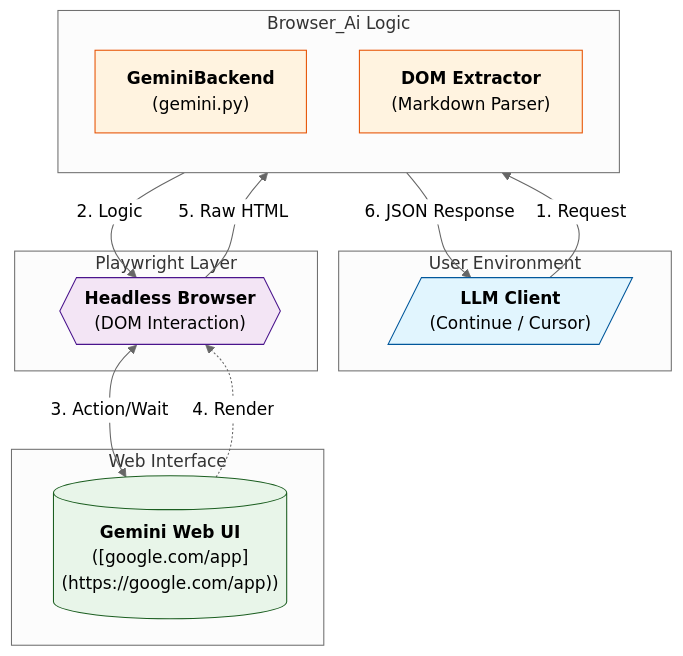
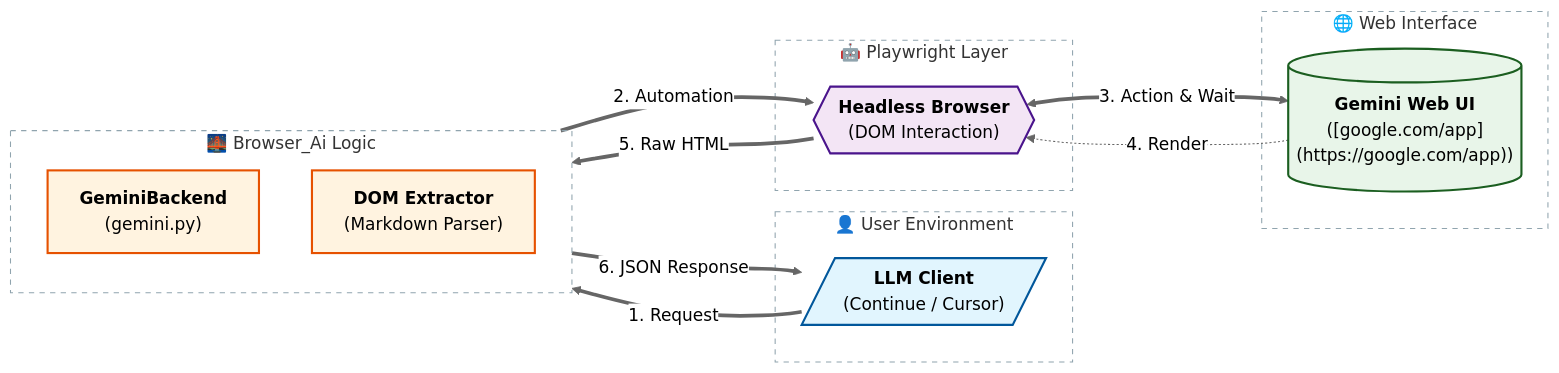
The diagram in README.md (VOID1793/browser_ai), drawn with Mermaid (neutral theme) before and after one commit.

Commit message:
Commit for Claude.

````diff
--- a/README.md
+++ b/README.md
@@ -46,35 +45,41 @@
 ```mermaid
-flowchart TD
-    subgraph Client_Side [User Environment]
-        A[/"<b>LLM Client</b><br>(Continue / Cursor)"/]
+flowchart LR
+    subgraph Client_Side ["👤 User Environment"]
+        A[/"<b>LLM Client</b><br/>(Continue / Cursor)"/]
     end
 
-    subgraph Bridge [Browser_Ai Logic]
+    subgraph Bridge ["🌉 Browser_Ai Logic"]
         direction TB
-        B["<b>GeminiBackend</b><br>(gemini.py)"]
-        E["<b>DOM Extractor</b><br>(Markdown Parser)"]
+        B["<b>GeminiBackend</b><br/>(gemini.py)"]
+        E["<b>DOM Extractor</b><br/>(Markdown Parser)"]
     end
 
-    subgraph Automation [Playwright Layer]
-        C{{"<b>Headless Browser</b><br>(DOM Interaction)"}}
+    subgraph Automation ["🤖 Playwright Layer"]
+        C{{"<b>Headless Browser</b><br/>(DOM Interaction)"}}
     end
 
-    subgraph External [Web Interface]
-        D[("<b>Gemini Web UI</b><br>([google.com/app](https://google.com/app))")]
+    subgraph External ["🌐 Web Interface"]
+        D[("<b>Gemini Web UI</b><br/>([google.com/app](https://google.com/app))")]
     end
 
     %% Flow Connections
-    A -->|1. Request| B
-    B -->|2. Logic| C
-    C <-->|3. Action/Wait| D
+    A ==>|1. Request| B
+    B ==>|2. Automation| C
+    C <==>|3. Action & Wait| D
     D -.->|4. Render| C
-    C -->|5. Raw HTML| E
-    E -->|6. JSON Response| A
+    C ==>|5. Raw HTML| E
+    E ==>|6. JSON Response| A
 
     %% Styling
-    style A fill:#e1f5fe,stroke:#01579b
-    style B fill:#fff3e0,stroke:#e65100
-    style E fill:#fff3e0,stroke:#e65100
-    style C fill:#f3e5f5,stroke:#4a148c
-    style D fill:#e8f5e9,stroke:#1b5e20
+    style A fill:#e1f5fe,stroke:#01579b,stroke-width:2px
+    style B fill:#fff3e0,stroke:#e65100,stroke-width:2px
+    style E fill:#fff3e0,stroke:#e65100,stroke-width:2px
+    style C fill:#f3e5f5,stroke:#4a148c,stroke-width:2px
+    style D fill:#e8f5e9,stroke:#1b5e20,stroke-width:2px
+
+    %% Subgraph Styling
+    style Client_Side fill:none,stroke:#90a4ae,stroke-dasharray: 5 5
+    style Bridge fill:none,stroke:#90a4ae,stroke-dasharray: 5 5
+    style Automation fill:none,stroke:#90a4ae,stroke-dasharray: 5 5
+    style External fill:none,stroke:#90a4ae,stroke-dasharray: 5 5
 ```
````
